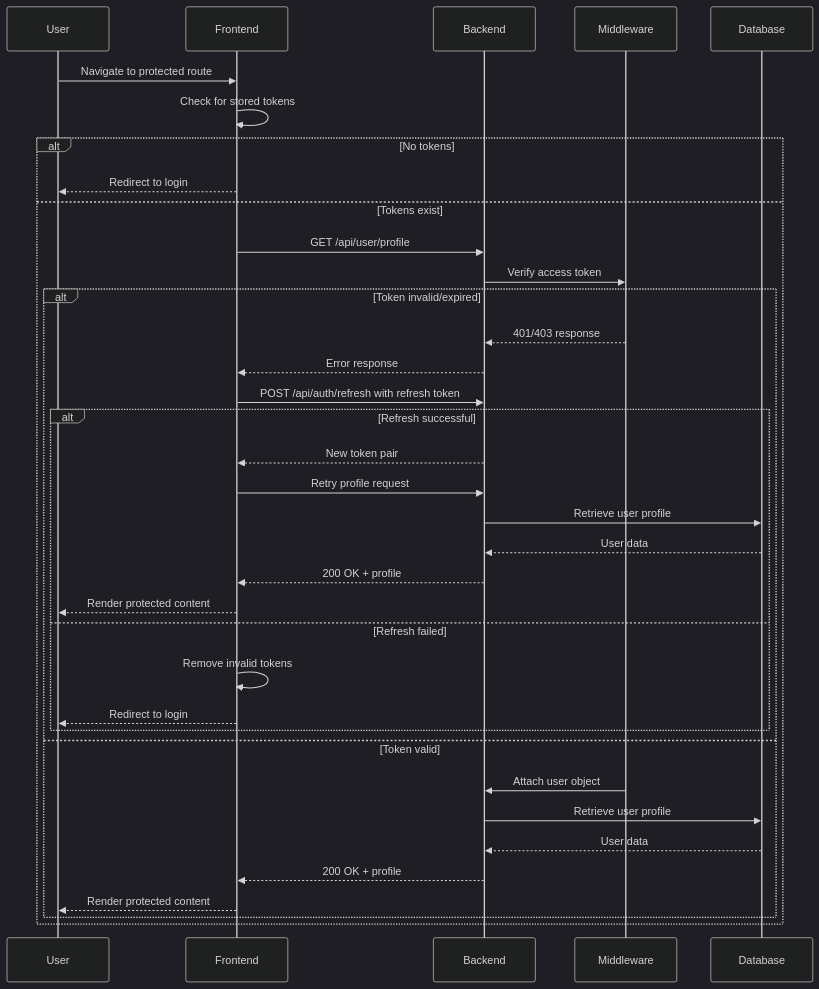
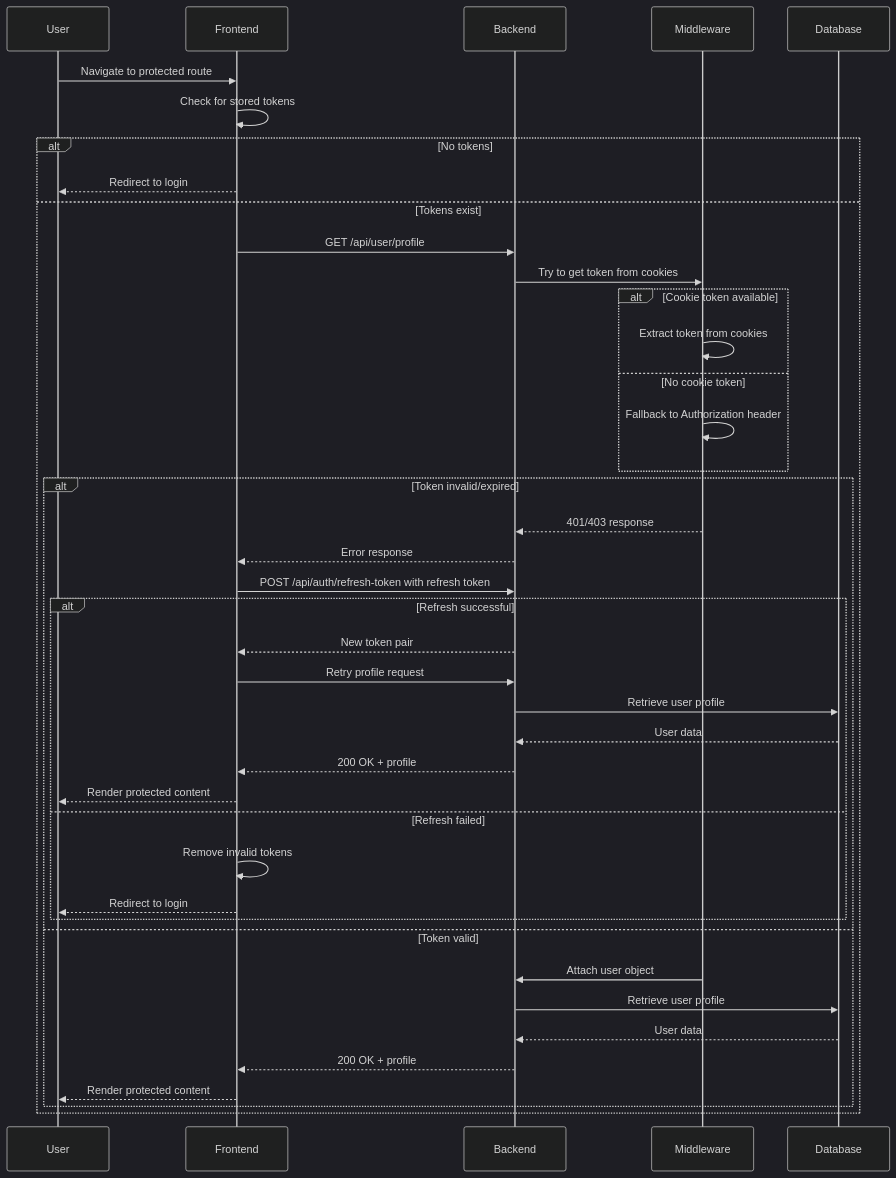
One commit to Brimstow/ThumPiks changed the sixth of 16 diagrams in .qoder/repowiki/en/content/Authentication & User Management/Authentication & User Management.md. Above: the diagram before and after it, drawn with Mermaid (dark theme). The commit also changed other lines of this file and 900 other files, not shown here.

````diff
--- a/.qoder/repowiki/en/content/Authentication & User Management/Authentication & User Management.md
+++ b/.qoder/repowiki/en/content/Authentication & User Management/Authentication & User Management.md
@@ -155,37 +256,42 @@
 ```mermaid
 sequenceDiagram
 participant User
 participant Frontend
 participant Backend
 participant Middleware
 User->>Frontend : Navigate to protected route
 Frontend->>Frontend : Check for stored tokens
 alt No tokens
 Frontend-->>User : Redirect to login
 else Tokens exist
 Frontend->>Backend : GET /api/user/profile
-Backend->>Middleware : Verify access token
+Backend->>Middleware : Try to get token from cookies
+alt Cookie token available
+Middleware->>Middleware : Extract token from cookies
+else No cookie token
+Middleware->>Middleware : Fallback to Authorization header
+end
 alt Token invalid/expired
 Middleware-->>Backend : 401/403 response
 Backend-->>Frontend : Error response
-Frontend->>Backend : POST /api/auth/refresh with refresh token
+Frontend->>Backend : POST /api/auth/refresh-token with refresh token
 alt Refresh successful
 Backend-->>Frontend : New token pair
 Frontend->>Backend : Retry profile request
 Backend->>Database : Retrieve user profile
 Database-->>Backend : User data
 Backend-->>Frontend : 200 OK + profile
 Frontend-->>User : Render protected content
 else Refresh failed
 Frontend->>Frontend : Remove invalid tokens
 Frontend-->>User : Redirect to login
 end
 else Token valid
 Middleware->>Backend : Attach user object
 Backend->>Database : Retrieve user profile
 Database-->>Backend : User data
 Backend-->>Frontend : 200 OK + profile
 Frontend-->>User : Render protected content
 end
 end
 ```
````
